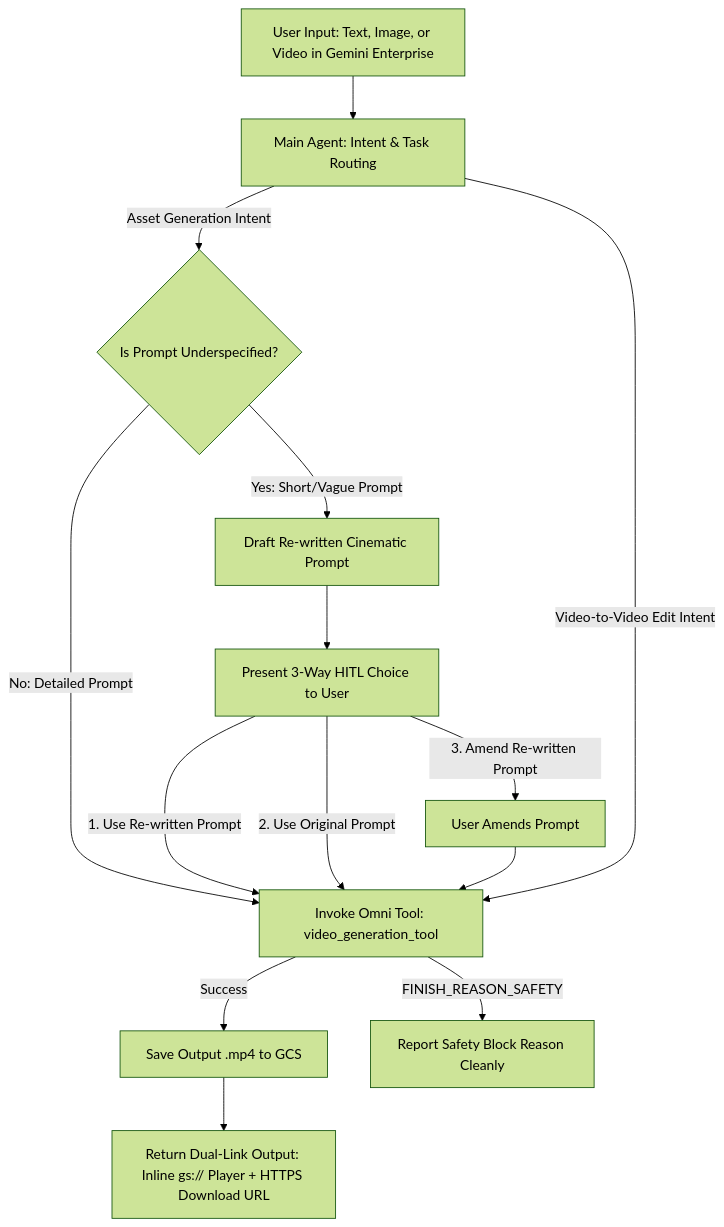
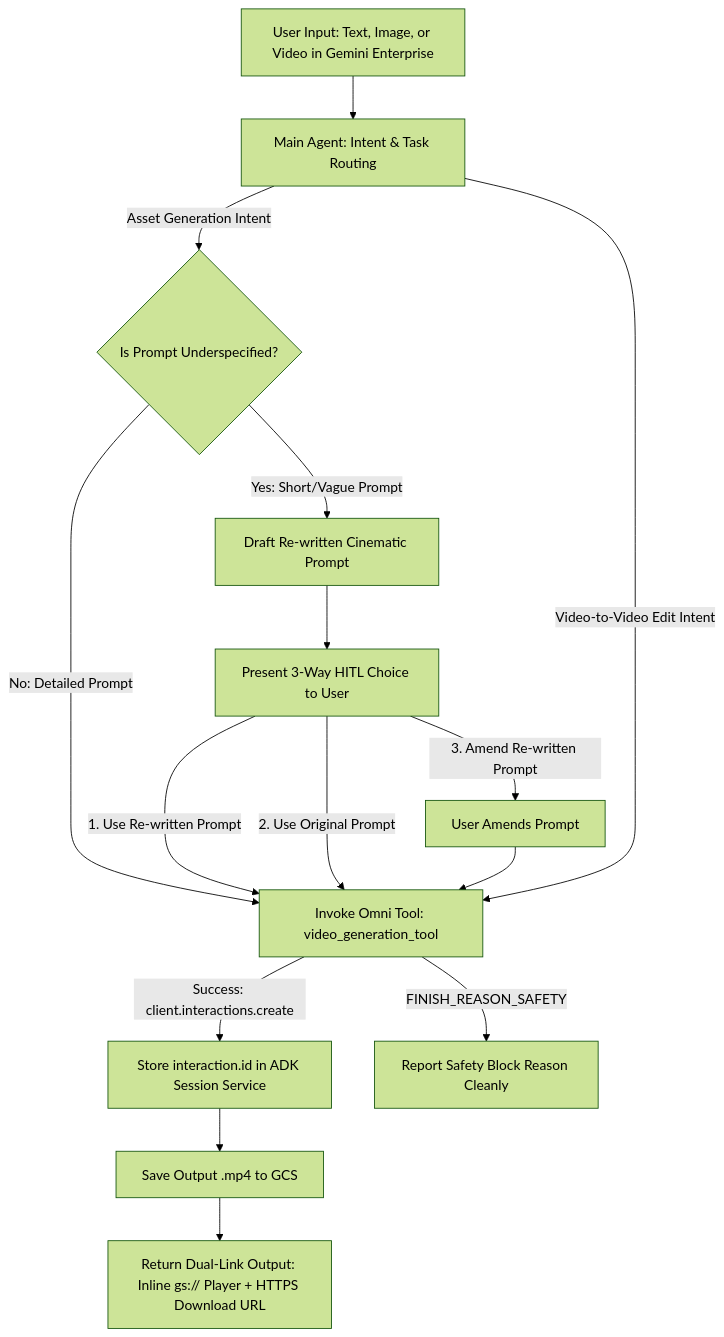
Before and after one commit to rootto/omni-agent: the diagram in SPEC.md, drawn with Mermaid (forest theme). The commit also changed other lines of this file and 2 other files, not shown here.

Commit message:
docs(spec): specify CUJ-2 image-to-video, local upload, and session state (fixes #2)

````diff
--- a/SPEC.md
+++ b/SPEC.md
@@ -30,20 +30,21 @@
 ```mermaid
 flowchart TD
     A[User Input: Text, Image, or Video in Gemini Enterprise] --> B[Main Agent: Intent & Task Routing]
     B -->|Asset Generation Intent| C{Is Prompt Underspecified?}
     
     C -->|No: Detailed Prompt| D[Invoke Omni Tool: video_generation_tool]
     C -->|Yes: Short/Vague Prompt| E[Draft Re-written Cinematic Prompt]
     
     E --> F[Present 3-Way HITL Choice to User]
     F -->|1. Use Re-written Prompt| D
     F -->|2. Use Original Prompt| D
     F -->|3. Amend Re-written Prompt| G[User Amends Prompt] --> D
     
     B -->|Video-to-Video Edit Intent| D
     
-    D -->|Success| H[Save Output .mp4 to GCS]
-    D -->|FINISH_REASON_SAFETY| I[Report Safety Block Reason Cleanly]
+    D -->|Success: client.interactions.create| H[Store interaction.id in ADK Session Service]
+    H --> I[Save Output .mp4 to GCS]
+    D -->|FINISH_REASON_SAFETY| J[Report Safety Block Reason Cleanly]
     
-    H --> J[Return Dual-Link Output: Inline gs:// Player + HTTPS Download URL]
+    I --> K[Return Dual-Link Output: Inline gs:// Player + HTTPS Download URL]
 ```
````
